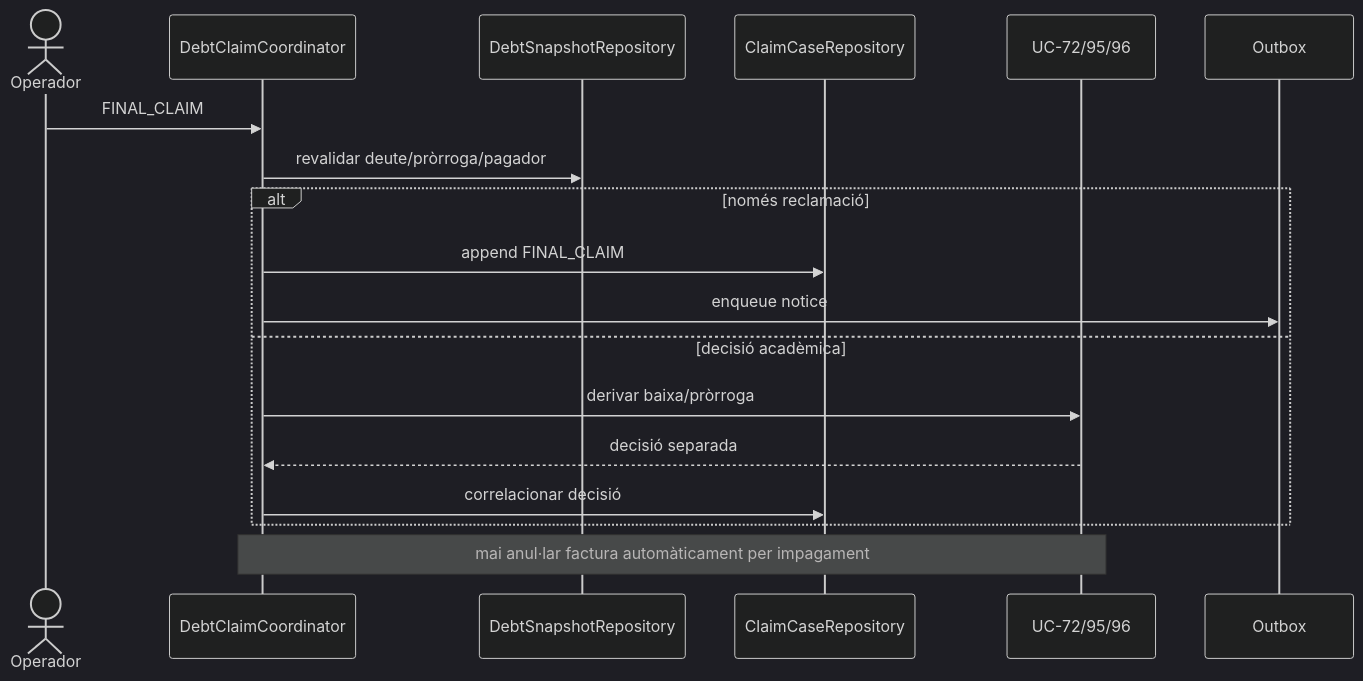
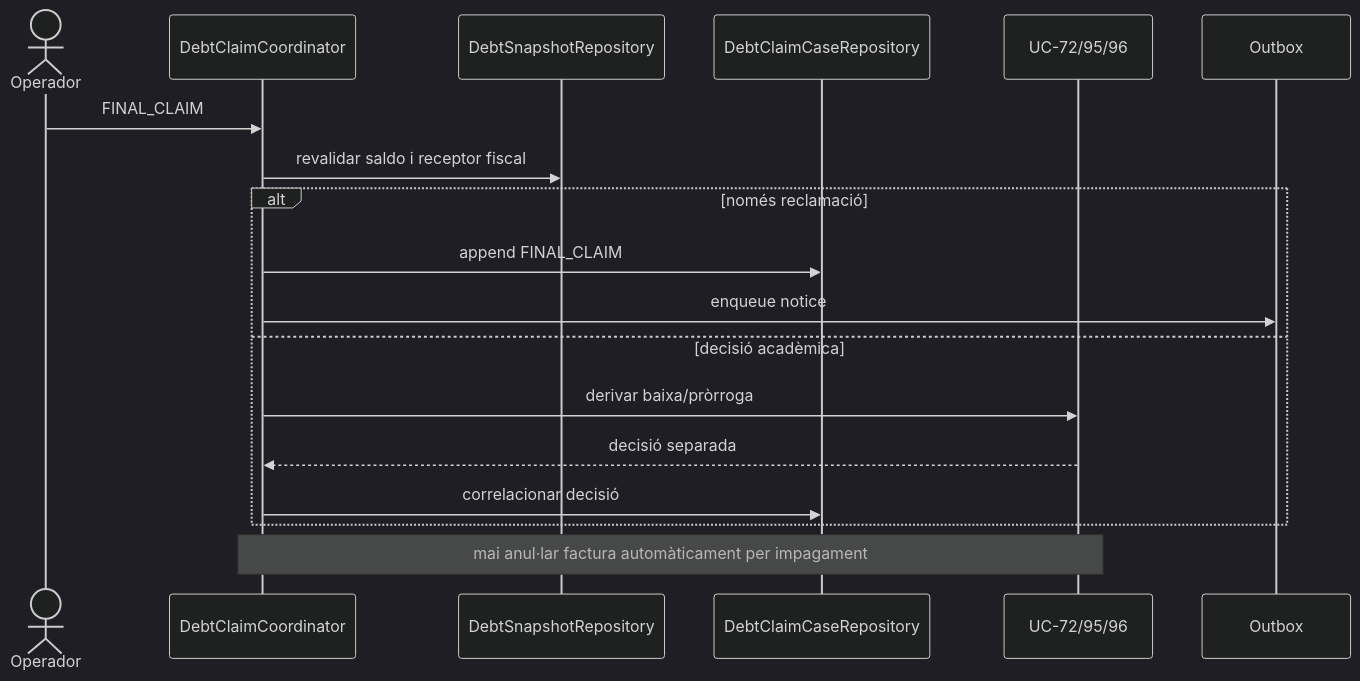
The sixth of 7 diagrams in documentacio/07-uml-integrat/uc-012-sequencies-activitats-actual-final.md (orgmeriemprismacat-del/verifactu), drawn with Mermaid (dark theme) before and after one commit. The commit also changed other lines of this file, not shown here.

````diff
--- a/documentacio/07-uml-integrat/uc-012-sequencies-activitats-actual-final.md
+++ b/documentacio/07-uml-integrat/uc-012-sequencies-activitats-actual-final.md
@@ -91,20 +91,20 @@
 ```mermaid
 sequenceDiagram
 actor O as Operador
 participant C as DebtClaimCoordinator
 participant S as DebtSnapshotRepository
-participant CR as ClaimCaseRepository
+participant CR as DebtClaimCaseRepository
 participant X as UC-72/95/96
 participant OX as Outbox
 O->>C: FINAL_CLAIM
-C->>S: revalidar deute/pròrroga/pagador
+C->>S: revalidar saldo i receptor fiscal
 alt només reclamació
  C->>CR: append FINAL_CLAIM
  C->>OX: enqueue notice
 else decisió acadèmica
  C->>X: derivar baixa/pròrroga
  X-->>C: decisió separada
  C->>CR: correlacionar decisió
 end
 Note over C,X: mai anul·lar factura automàticament per impagament
 ```
````
